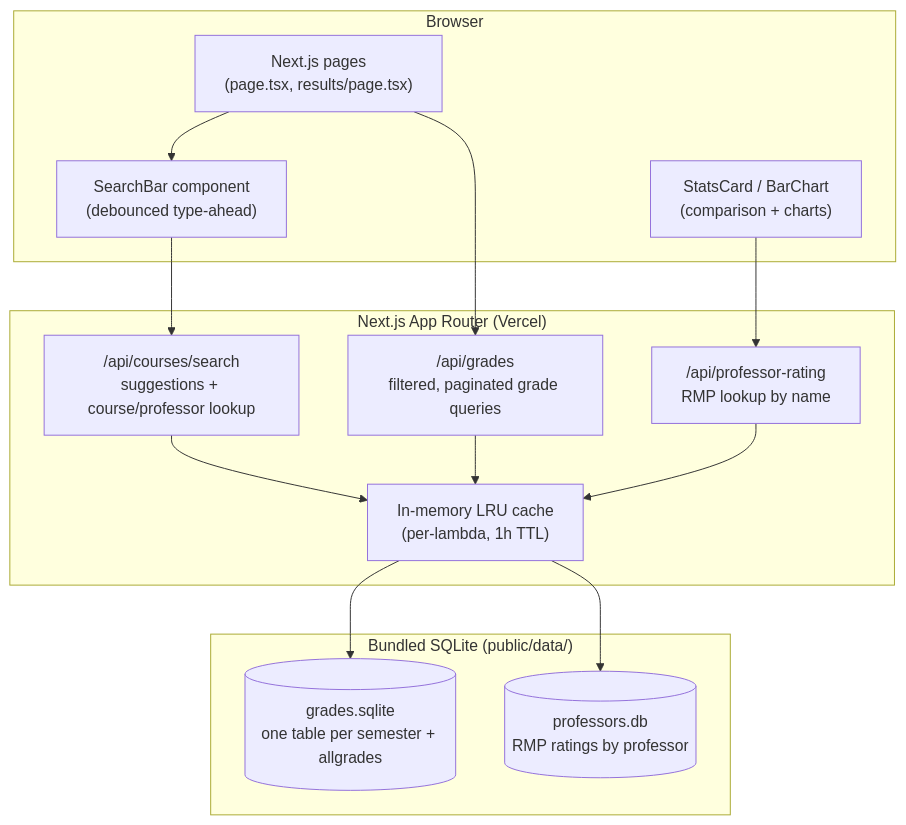
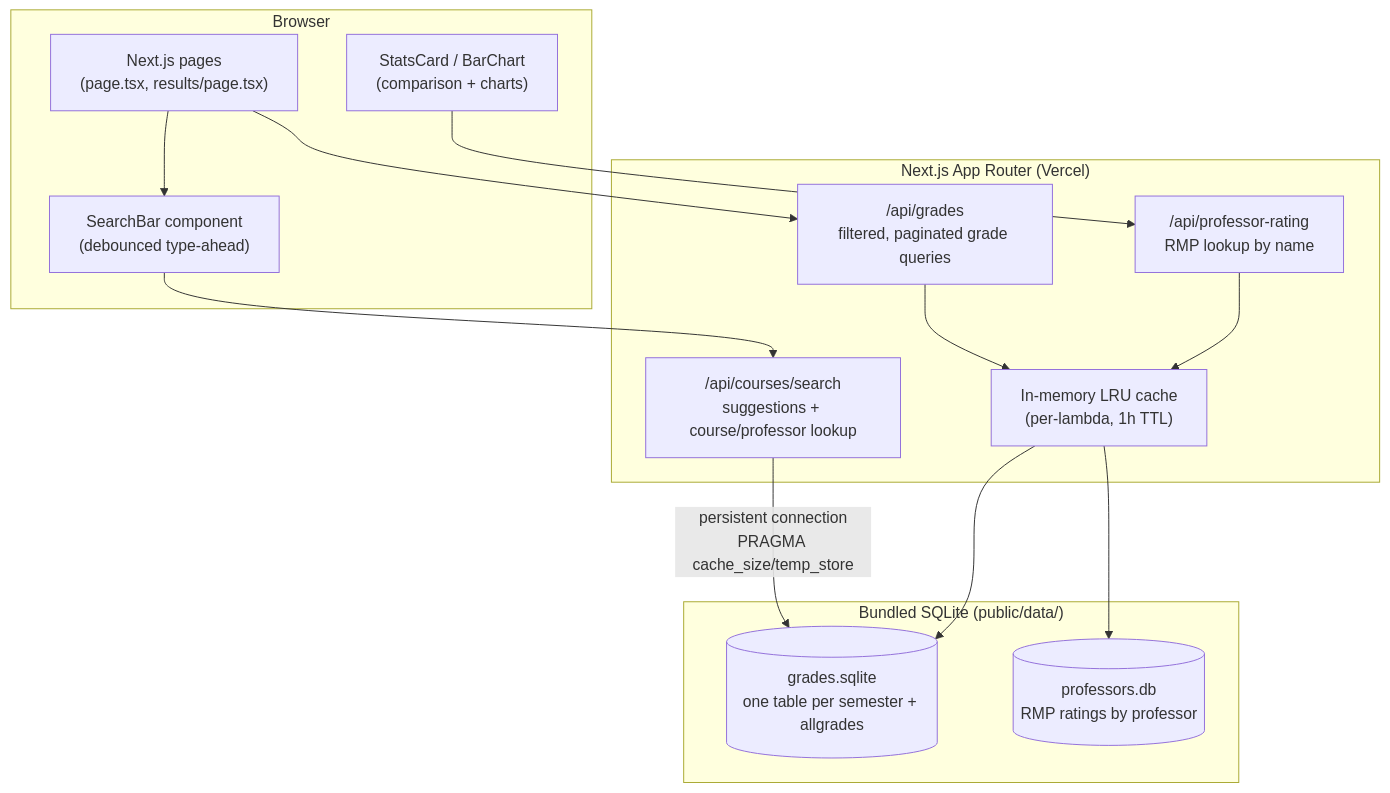
One commit to acmuta/utagrades changed the first of 2 diagrams in README.md. Above: the diagram before and after it, drawn with Mermaid. The commit also changed other lines of this file, not shown here.

````diff
--- a/README.md
+++ b/README.md
@@ -25,29 +25,29 @@
 ```mermaid
 flowchart TB
     subgraph Client["Browser"]
         UI["Next.js pages\n(page.tsx, results/page.tsx)"]
         SearchBar["SearchBar component\n(debounced type-ahead)"]
         StatsCard["StatsCard / BarChart\n(comparison + charts)"]
     end
 
     subgraph Server["Next.js App Router (Vercel)"]
         SearchAPI["/api/courses/search\nsuggestions + course/professor lookup"]
         GradesAPI["/api/grades\nfiltered, paginated grade queries"]
         ProfAPI["/api/professor-rating\nRMP lookup by name"]
         Cache["In-memory LRU cache\n(per-lambda, 1h TTL)"]
     end
 
     subgraph Data["Bundled SQLite (public/data/)"]
         GradesDB[("grades.sqlite\none table per semester + allgrades")]
         ProfDB[("professors.db\nRMP ratings by professor")]
     end
 
     UI --> SearchBar --> SearchAPI
     UI --> GradesAPI
     StatsCard --> ProfAPI
-    SearchAPI --> Cache
+    SearchAPI -->|"persistent connection\nPRAGMA cache_size/temp_store"| GradesDB
     GradesAPI --> Cache
     ProfAPI --> Cache
     Cache --> GradesDB
     Cache --> ProfDB
 ```
````
